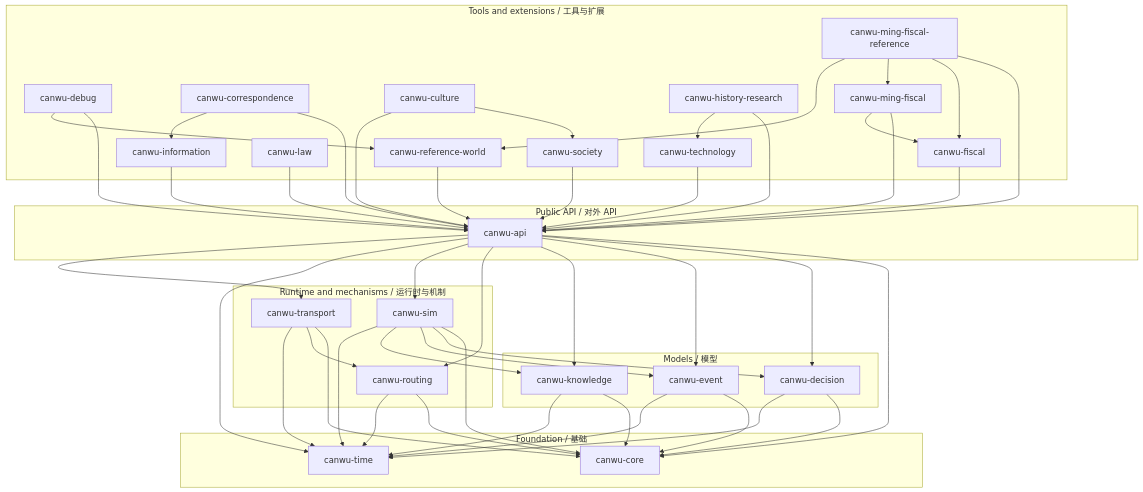
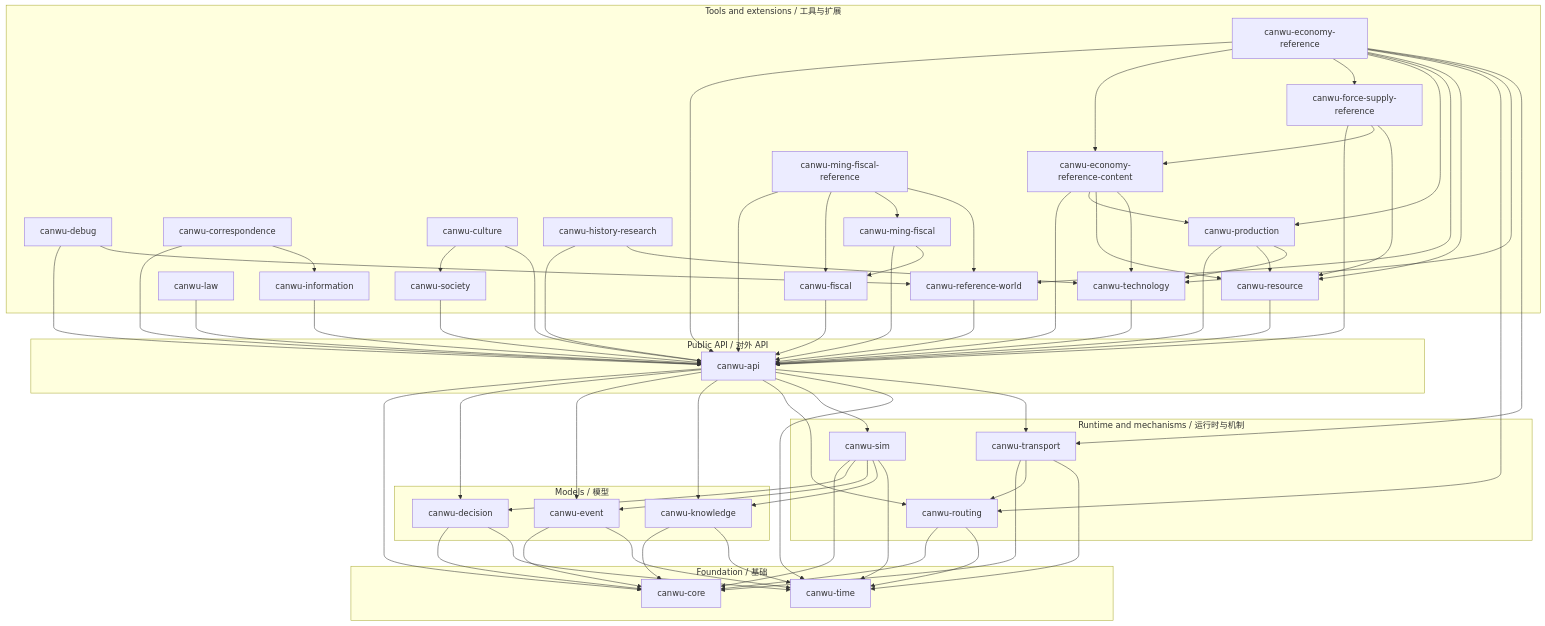
Before and after one commit to PeiyuanQi/canwu: the third of 6 diagrams in docs/architecture.md, drawn with Mermaid. The commit also changed other lines of this file and 102 other files, not shown here.

Commit message:
feat: add production resource and force simulation layers

```diff
--- a/docs/architecture.md
+++ b/docs/architecture.md
@@ -149,8 +149,13 @@
         Technology["canwu-technology"]
         History["canwu-history-research"]
         Fiscal["canwu-fiscal"]
+        Resource["canwu-resource"]
+        Production["canwu-production"]
         MingFiscal["canwu-ming-fiscal"]
+        EconomyContent["canwu-economy-reference-content"]
         MingReference["canwu-ming-fiscal-reference"]
+        ForceSupply["canwu-force-supply-reference"]
+        EconomyReference["canwu-economy-reference"]
         ReferenceWorld["canwu-reference-world"]
     end
 
@@ -187,12 +192,32 @@
     History --> Api
     History --> Technology
     Fiscal --> Api
+    Resource --> Api
+    Production --> Api
+    Production --> Resource
+    Production --> Technology
     MingFiscal --> Api
     MingFiscal --> Fiscal
+    EconomyContent --> Api
+    EconomyContent --> Production
+    EconomyContent --> Resource
+    EconomyContent --> Technology
     MingReference --> Api
     MingReference --> Fiscal
     MingReference --> MingFiscal
     MingReference --> ReferenceWorld
+    ForceSupply --> Api
+    ForceSupply --> EconomyContent
+    ForceSupply --> Resource
+    EconomyReference --> Api
+    EconomyReference --> EconomyContent
+    EconomyReference --> ForceSupply
+    EconomyReference --> Production
+    EconomyReference --> ReferenceWorld
+    EconomyReference --> Resource
+    EconomyReference --> Routing
+    EconomyReference --> Technology
+    EconomyReference --> Transport
 
     Api --> Core
     Api --> Decision
```
